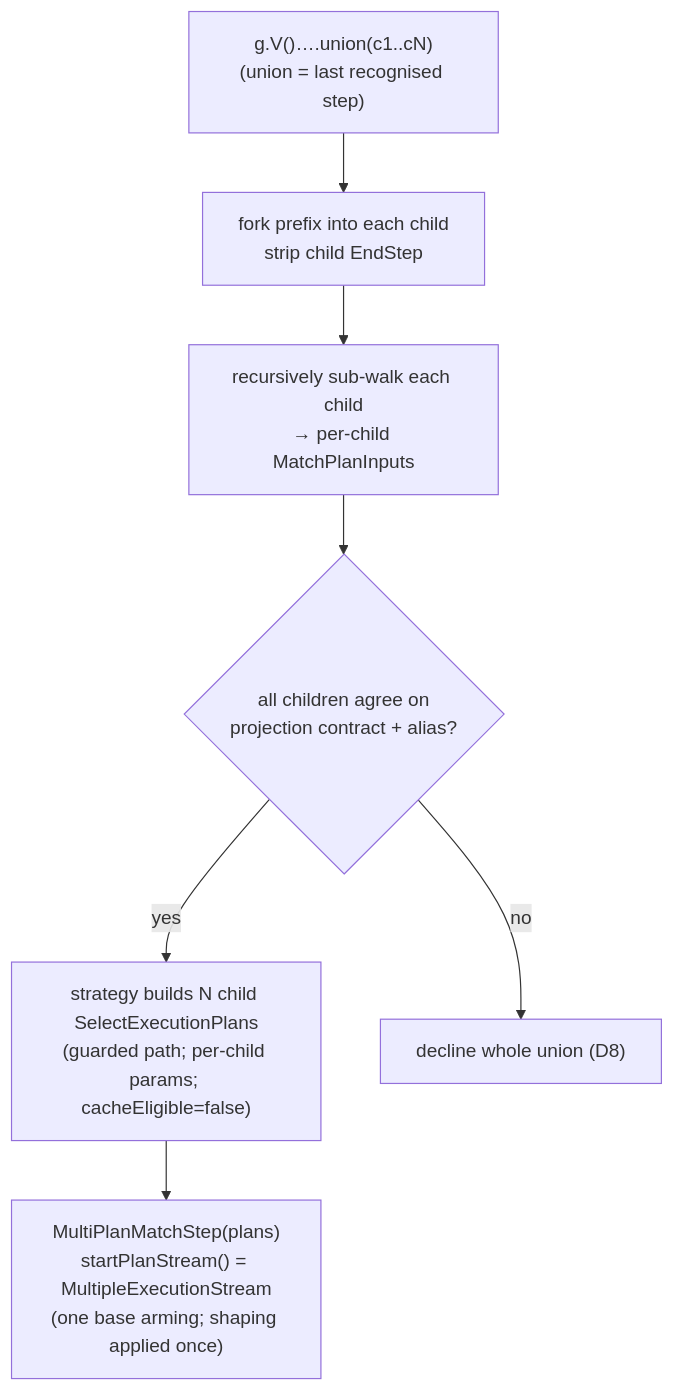
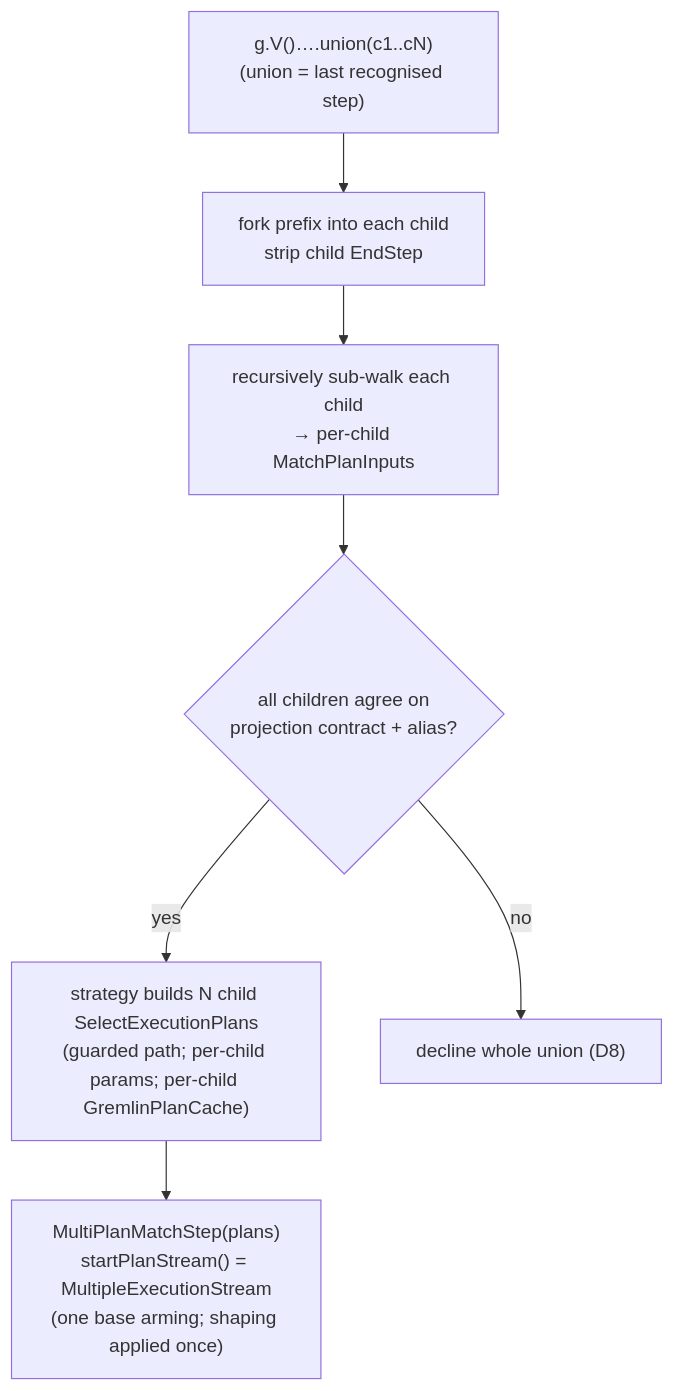
One commit to JetBrains/youtrackdb changed the diagram in docs/adr/gremlin-to-match-translator-design/_workflow/plan/track-8.md. Above: the diagram before and after it, drawn with Mermaid. The commit also changed other lines of this file and 8 other files, not shown here.

First line of the commit message:
Cache eligible union children in GremlinPlanCache

````diff
--- a/docs/adr/gremlin-to-match-translator-design/_workflow/plan/track-8.md
+++ b/docs/adr/gremlin-to-match-translator-design/_workflow/plan/track-8.md
@@ -76,9 +77,9 @@
 ```mermaid
 flowchart TB
     U["g.V()….union(c1..cN)\n(union = last recognised step)"] --> Fork["fork prefix into each child\nstrip child EndStep"]
     Fork --> Child["recursively sub-walk each child\n→ per-child MatchPlanInputs"]
     Child --> Chk{"all children agree on\nprojection contract + alias?"}
-    Chk -- yes --> Build["strategy builds N child SelectExecutionPlans\n(guarded path; per-child params; cacheEligible=false)"]
+    Chk -- yes --> Build["strategy builds N child SelectExecutionPlans\n(guarded path; per-child params; per-child GremlinPlanCache)"]
     Build --> Multi["MultiPlanMatchStep(plans)\nstartPlanStream() = MultipleExecutionStream\n(one base arming; shaping applied once)"]
     Chk -- no --> Decline["decline whole union (D8)"]
 ```
````
